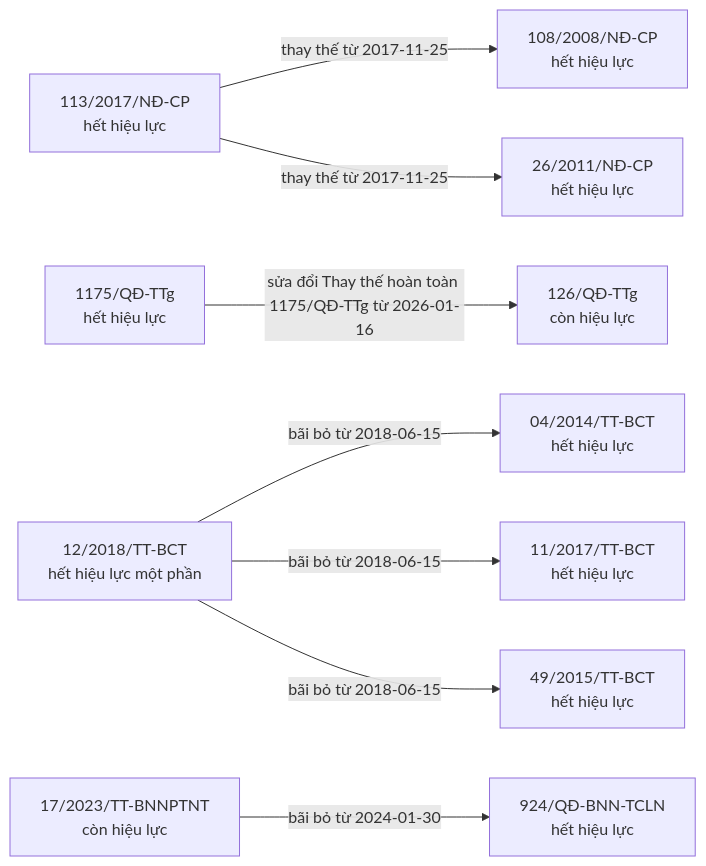
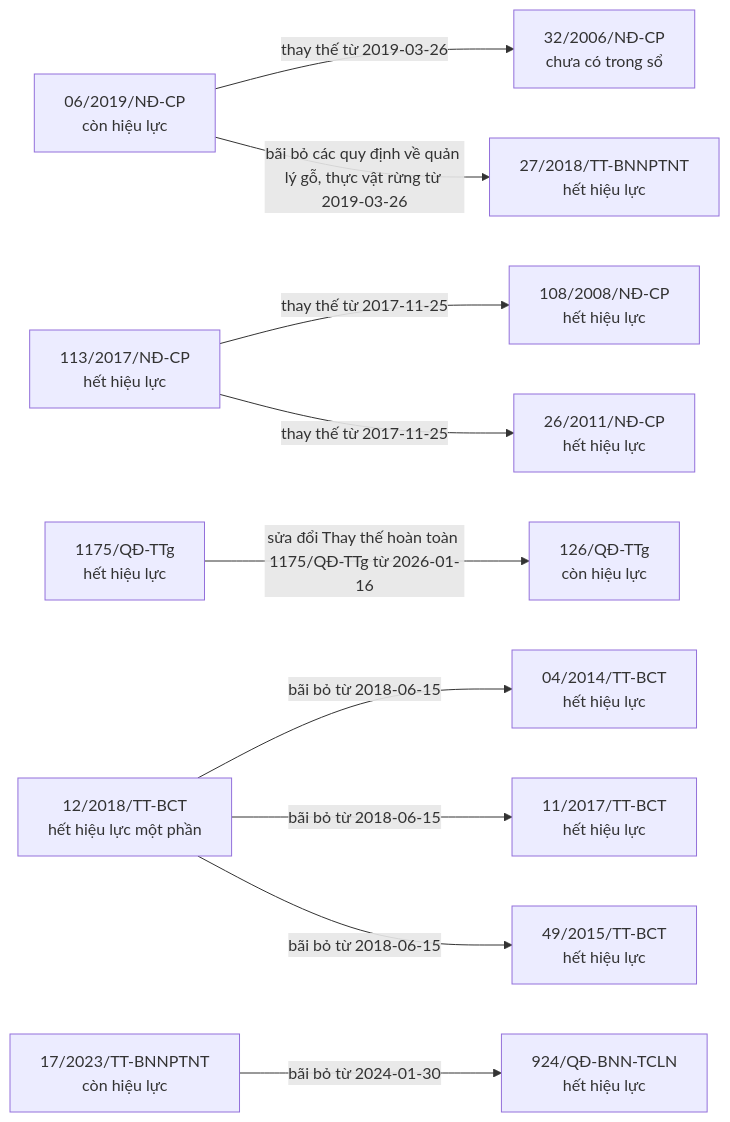
The second of 9 diagrams in bao-cao/quan-he.md (ozvietnam/oz-wiki-plhq), drawn with Mermaid before and after one commit. The commit also changed other lines of this file and 7 other files, not shown here.

````diff
--- a/bao-cao/quan-he.md
+++ b/bao-cao/quan-he.md
@@ -21,21 +21,26 @@
 ```mermaid
 flowchart LR
+  n_06_2019_N__CP["06/2019/NĐ-CP<br/>còn hiệu lực"]
+  n_32_2006_N__CP["32/2006/NĐ-CP<br/>chưa có trong sổ"]
+  n_27_2018_TT_BNNPTNT["27/2018/TT-BNNPTNT<br/>hết hiệu lực"]
   n_113_2017_N__CP["113/2017/NĐ-CP<br/>hết hiệu lực"]
   n_108_2008_N__CP["108/2008/NĐ-CP<br/>hết hiệu lực"]
   n_26_2011_N__CP["26/2011/NĐ-CP<br/>hết hiệu lực"]
   n_1175_Q__TTg["1175/QĐ-TTg<br/>hết hiệu lực"]
   n_126_Q__TTg["126/QĐ-TTg<br/>còn hiệu lực"]
   n_12_2018_TT_BCT["12/2018/TT-BCT<br/>hết hiệu lực một phần"]
   n_04_2014_TT_BCT["04/2014/TT-BCT<br/>hết hiệu lực"]
   n_11_2017_TT_BCT["11/2017/TT-BCT<br/>hết hiệu lực"]
   n_49_2015_TT_BCT["49/2015/TT-BCT<br/>hết hiệu lực"]
   n_17_2023_TT_BNNPTNT["17/2023/TT-BNNPTNT<br/>còn hiệu lực"]
   n_924_Q__BNN_TCLN["924/QĐ-BNN-TCLN<br/>hết hiệu lực"]
+  n_06_2019_N__CP -->|thay thế từ 2019-03-26| n_32_2006_N__CP
+  n_06_2019_N__CP -->|bãi bỏ các quy định về quản lý gỗ, thực vật rừng từ 2019-03-26| n_27_2018_TT_BNNPTNT
   n_113_2017_N__CP -->|thay thế từ 2017-11-25| n_108_2008_N__CP
   n_113_2017_N__CP -->|thay thế từ 2017-11-25| n_26_2011_N__CP
   n_1175_Q__TTg -->|sửa đổi Thay thế hoàn toàn 1175/QĐ-TTg từ 2026-01-16| n_126_Q__TTg
   n_12_2018_TT_BCT -->|bãi bỏ từ 2018-06-15| n_04_2014_TT_BCT
   n_12_2018_TT_BCT -->|bãi bỏ từ 2018-06-15| n_11_2017_TT_BCT
   n_12_2018_TT_BCT -->|bãi bỏ từ 2018-06-15| n_49_2015_TT_BCT
   n_17_2023_TT_BNNPTNT -->|bãi bỏ từ 2024-01-30| n_924_Q__BNN_TCLN
 ```
````
